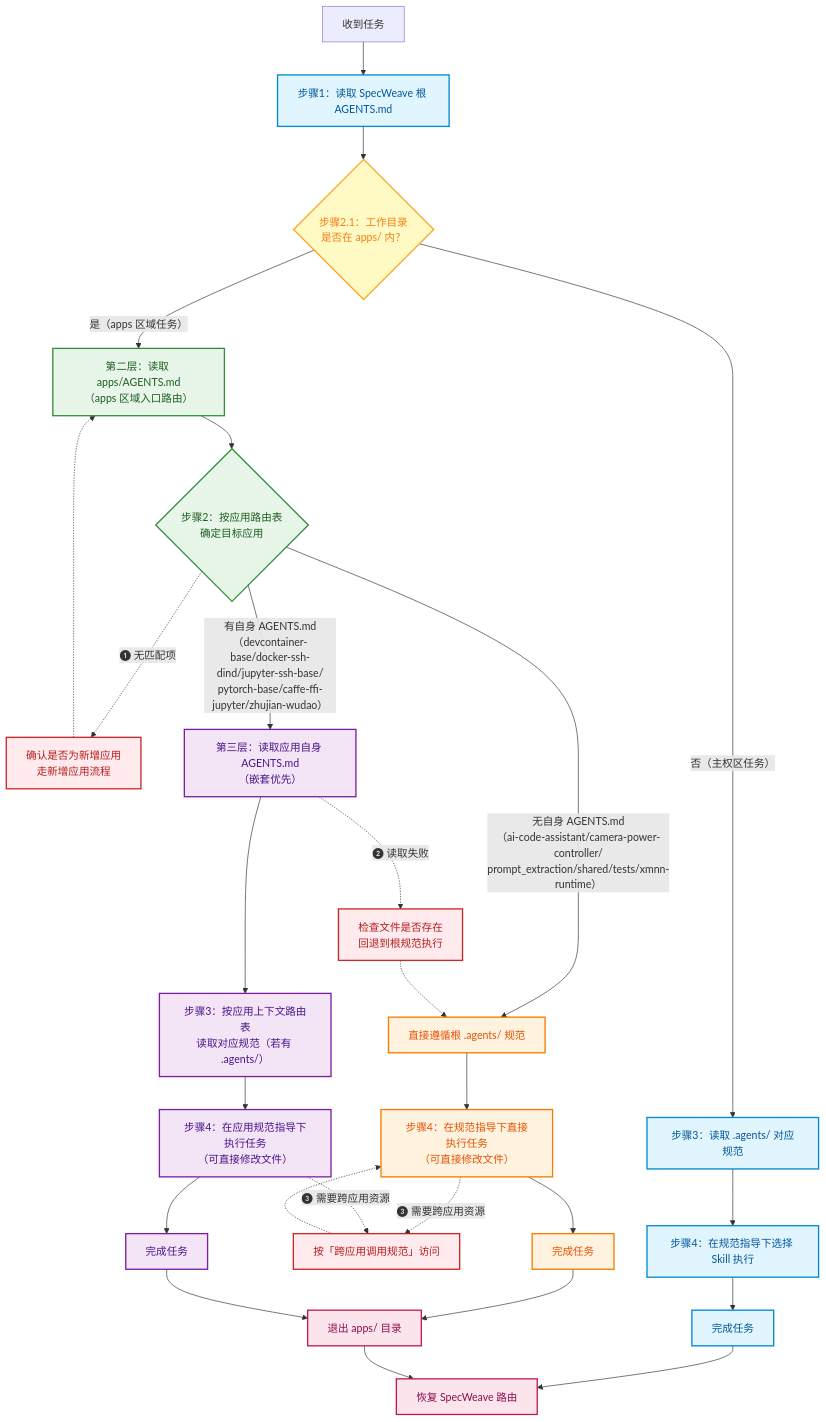
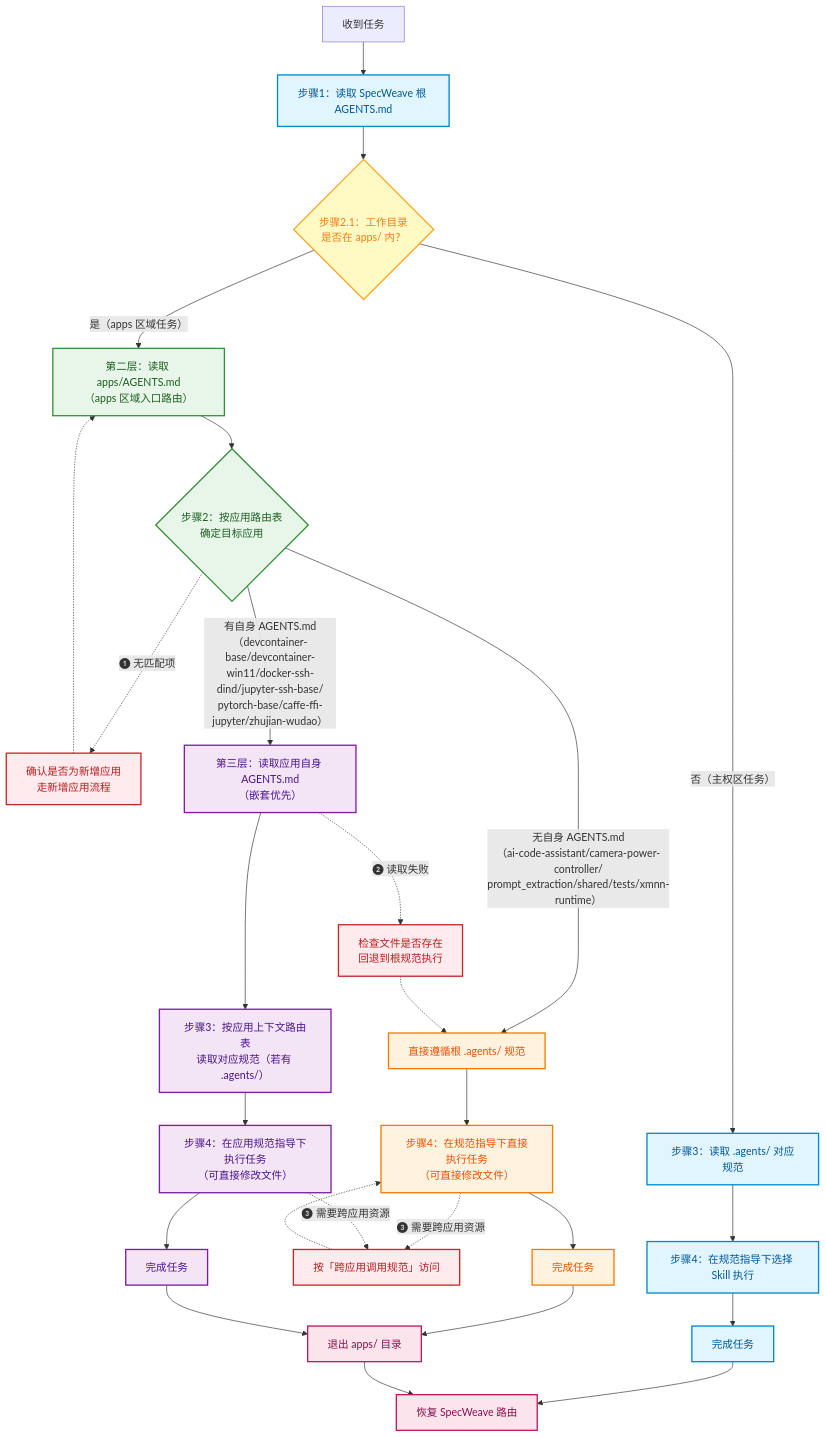
One commit to xinetzone/SpecWeave changed the diagram in apps/AGENTS.md. Above: the diagram before and after it, drawn with Mermaid. The commit also changed other lines of this file and 29 other files, not shown here.

First line of the commit message:
feat(devcontainer-win11): 新增Windows 11开发容器，支持Python 3.14 free-threading (cp314t)

````diff
--- a/apps/AGENTS.md
+++ b/apps/AGENTS.md
@@ -80,43 +82,43 @@
 ```mermaid
 flowchart TD
     Start["收到任务"] --> Step1["步骤1：读取 SpecWeave 根 AGENTS.md"]
     Step1 --> Step21{"步骤2.1：工作目录<br/>是否在 apps/ 内？"}
     Step21 -->|"否（主权区任务）"| Step3A["步骤3：读取 .agents/ 对应规范"]
     Step3A --> Step4A["步骤4：在规范指导下选择 Skill 执行"]
     Step4A --> Done1["完成任务"]
     Step21 -->|"是（apps 区域任务）"| Layer2["第二层：读取 apps/AGENTS.md<br/>（apps 区域入口路由）"]
     Layer2 --> SubApp{"步骤2：按应用路由表<br/>确定目标应用"}
     SubApp -.->|"❶ 无匹配项"| E1["确认是否为新增应用<br/>走新增应用流程"]
     E1 -.-> Layer2
-    SubApp -->|"有自身 AGENTS.md<br/>（devcontainer-base/docker-ssh-dind/jupyter-ssh-base/<br/>pytorch-base/caffe-ffi-jupyter/zhujian-wudao）"| Layer3["第三层：读取应用自身 AGENTS.md<br/>（嵌套优先）"]
+    SubApp -->|"有自身 AGENTS.md<br/>（devcontainer-base/devcontainer-win11/docker-ssh-dind/jupyter-ssh-base/<br/>pytorch-base/caffe-ffi-jupyter/zhujian-wudao）"| Layer3["第三层：读取应用自身 AGENTS.md<br/>（嵌套优先）"]
     SubApp -->|"无自身 AGENTS.md<br/>（ai-code-assistant/camera-power-controller/<br/>prompt_extraction/shared/tests/xmnn-runtime）"| Direct["直接遵循根 .agents/ 规范"]
     Layer3 -.->|"❷ 读取失败"| E2["检查文件是否存在<br/>回退到根规范执行"]
     E2 -.-> Direct
     Layer3 --> Step3B["步骤3：按应用上下文路由表<br/>读取对应规范（若有 .agents/）"]
     Direct --> Step4B["步骤4：在规范指导下直接执行任务<br/>（可直接修改文件）"]
     Step3B --> Step4C["步骤4：在应用规范指导下执行任务<br/>（可直接修改文件）"]
     Step4B -.->|"❸ 需要跨应用资源"| E3["按「跨应用调用规范」访问"]
     Step4C -.->|"❸ 需要跨应用资源"| E3
     E3 -.-> Step4B
     Step4B --> Done2["完成任务"]
     Step4C --> Done3["完成任务"]
     Done2 --> Exit["退出 apps/ 目录"]
     Done3 --> Exit
     Done1 --> Restore["恢复 SpecWeave 路由"]
     Exit --> Restore
     %% 样式分层
     classDef specWeave fill:#e1f5fe,stroke:#0288d1,stroke-width:2px,color:#01579b
     classDef apps fill:#e8f5e9,stroke:#388e3c,stroke-width:2px,color:#1b5e20
     classDef appWithAgents fill:#f3e5f5,stroke:#7b1fa2,stroke-width:2px,color:#4a148c
     classDef appDirect fill:#fff3e0,stroke:#f57c00,stroke-width:2px,color:#e65100
     classDef exit fill:#fce4ec,stroke:#c2185b,stroke-width:2px,color:#880e4f
     classDef decision fill:#fff9c4,stroke:#f9a825,stroke-width:2px,color:#f57f17
     classDef error fill:#ffebee,stroke:#c62828,stroke-width:2px,color:#b71c1c
     class Step1,Step3A,Step4A,Done1 specWeave
     class Layer2,SubApp apps
     class Layer3,Step3B,Step4C,Done3 appWithAgents
     class Direct,Step4B,Done2 appDirect
     class Step21 decision
     class Exit,Restore exit
     class E1,E2,E3 error
 ```
````
